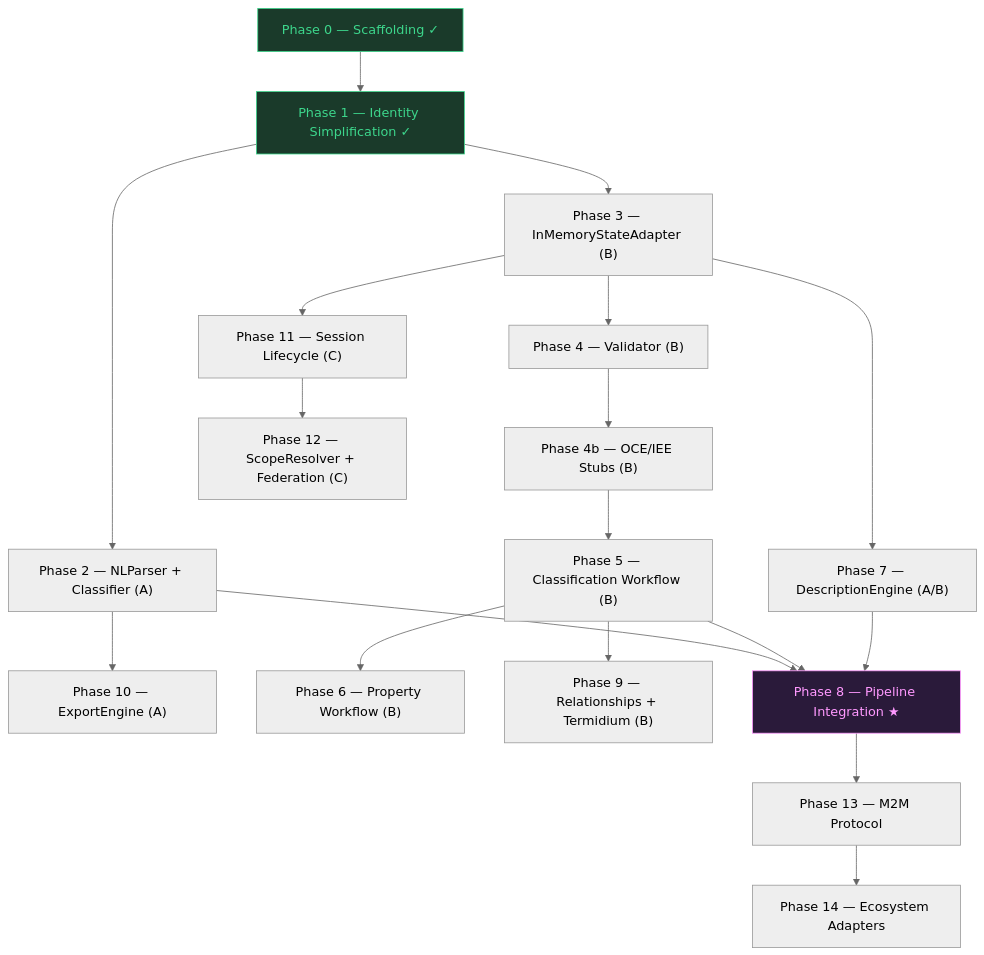
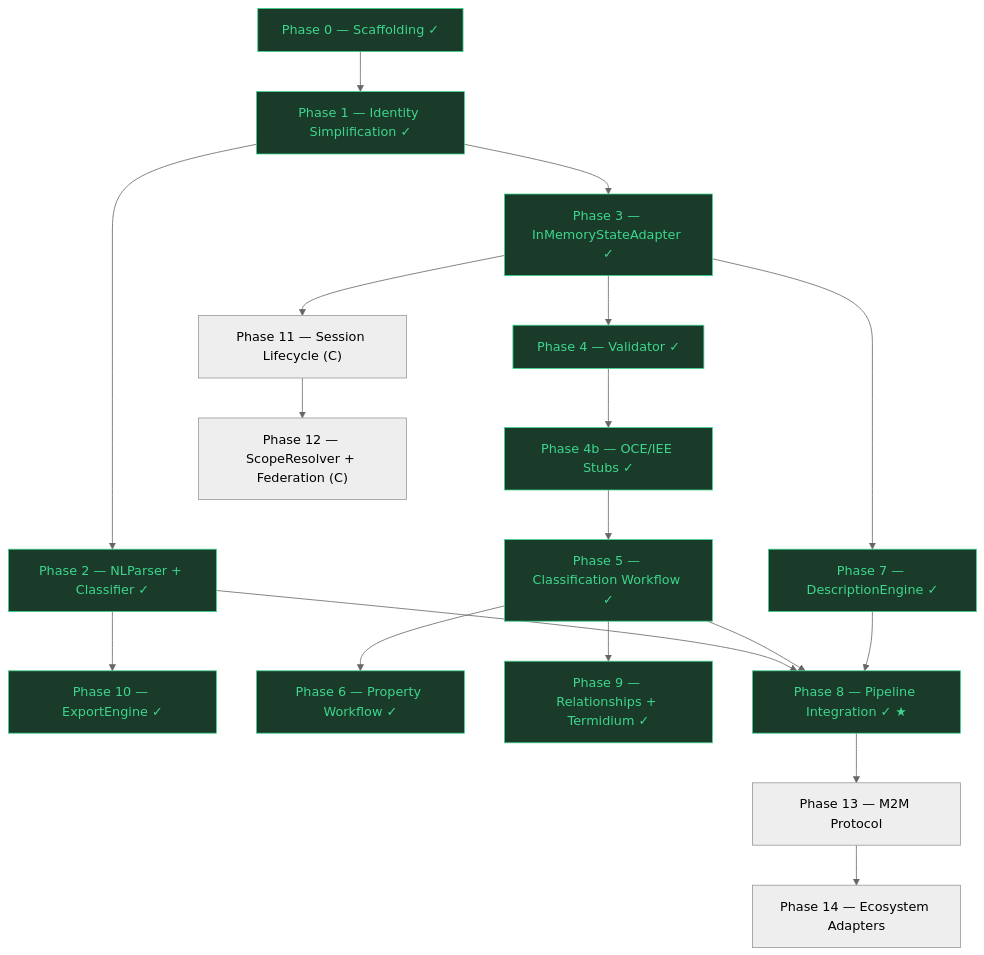
Before and after one commit to Skreen5hot/Fandaws-Sentinel: the diagram in ROADMAP.md, drawn with Mermaid (neutral theme). The commit also changed other lines of this file, not shown here.

First line of the commit message:
Update ROADMAP.md: mark Phases 3-10 complete with acceptance criteria

````diff
--- a/ROADMAP.md
+++ b/ROADMAP.md
@@ -12,34 +12,43 @@
 ```mermaid
 graph TD
   P0["Phase 0 — Scaffolding ✓"] --> P1["Phase 1 — Identity Simplification ✓"]
 
   %% Track A — Linguistics & IO
-  P1 --> P2["Phase 2 — NLParser + Classifier (A)"]
-  P3 --> P7["Phase 7 — DescriptionEngine (A/B)"]
-  P2 --> P10["Phase 10 — ExportEngine (A)"]
+  P1 --> P2["Phase 2 — NLParser + Classifier ✓"]
+  P3 --> P7["Phase 7 — DescriptionEngine ✓"]
+  P2 --> P10["Phase 10 — ExportEngine ✓"]
 
   %% Track B — Graph Mechanics
-  P1 --> P3["Phase 3 — InMemoryStateAdapter (B)"]
-  P3 --> P4["Phase 4 — Validator (B)"]
-  P4 --> P4b["Phase 4b — OCE/IEE Stubs (B)"]
-  P4b --> P5["Phase 5 — Classification Workflow (B)"]
-  P5 --> P6["Phase 6 — Property Workflow (B)"]
-  P5 --> P9["Phase 9 — Relationships + Termidium (B)"]
+  P1 --> P3["Phase 3 — InMemoryStateAdapter ✓"]
+  P3 --> P4["Phase 4 — Validator ✓"]
+  P4 --> P4b["Phase 4b — OCE/IEE Stubs ✓"]
+  P4b --> P5["Phase 5 — Classification Workflow ✓"]
+  P5 --> P6["Phase 6 — Property Workflow ✓"]
+  P5 --> P9["Phase 9 — Relationships + Termidium ✓"]
 
   %% Track C — Lifecycle & Federation
   P3 --> P11["Phase 11 — Session Lifecycle (C)"]
   P11 --> P12["Phase 12 — ScopeResolver + Federation (C)"]
 
   %% Convergence
-  P2 --> P8["Phase 8 — Pipeline Integration ★"]
+  P2 --> P8["Phase 8 — Pipeline Integration ✓ ★"]
   P5 --> P8
   P7 --> P8
 
   %% Post-convergence
   P8 --> P13["Phase 13 — M2M Protocol"]
   P13 --> P14["Phase 14 — Ecosystem Adapters"]
 
   style P0 fill:#1a3a2a,stroke:#3dd68c,color:#3dd68c
   style P1 fill:#1a3a2a,stroke:#3dd68c,color:#3dd68c
-  style P8 fill:#2a1a3a,stroke:#f9f,color:#f9f
+  style P2 fill:#1a3a2a,stroke:#3dd68c,color:#3dd68c
+  style P3 fill:#1a3a2a,stroke:#3dd68c,color:#3dd68c
+  style P4 fill:#1a3a2a,stroke:#3dd68c,color:#3dd68c
+  style P4b fill:#1a3a2a,stroke:#3dd68c,color:#3dd68c
+  style P5 fill:#1a3a2a,stroke:#3dd68c,color:#3dd68c
+  style P6 fill:#1a3a2a,stroke:#3dd68c,color:#3dd68c
+  style P7 fill:#1a3a2a,stroke:#3dd68c,color:#3dd68c
+  style P8 fill:#1a3a2a,stroke:#3dd68c,color:#3dd68c
+  style P9 fill:#1a3a2a,stroke:#3dd68c,color:#3dd68c
+  style P10 fill:#1a3a2a,stroke:#3dd68c,color:#3dd68c
 ```
````
